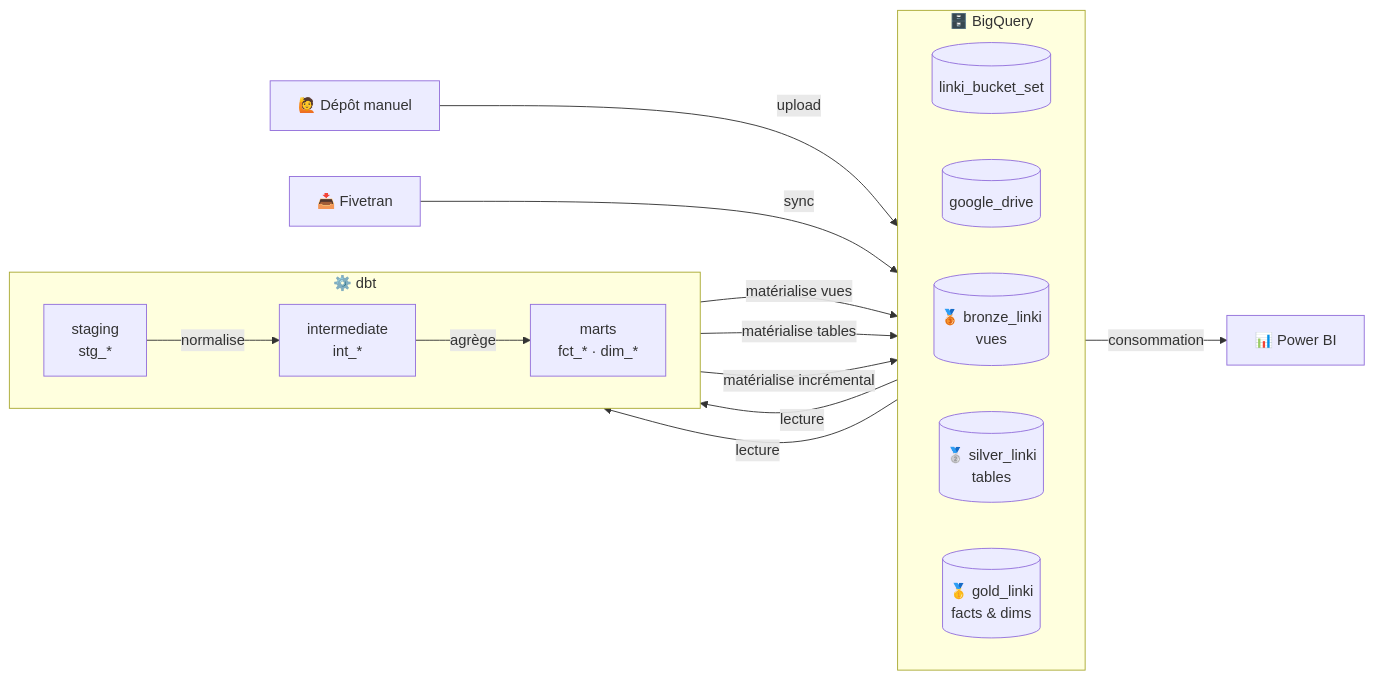
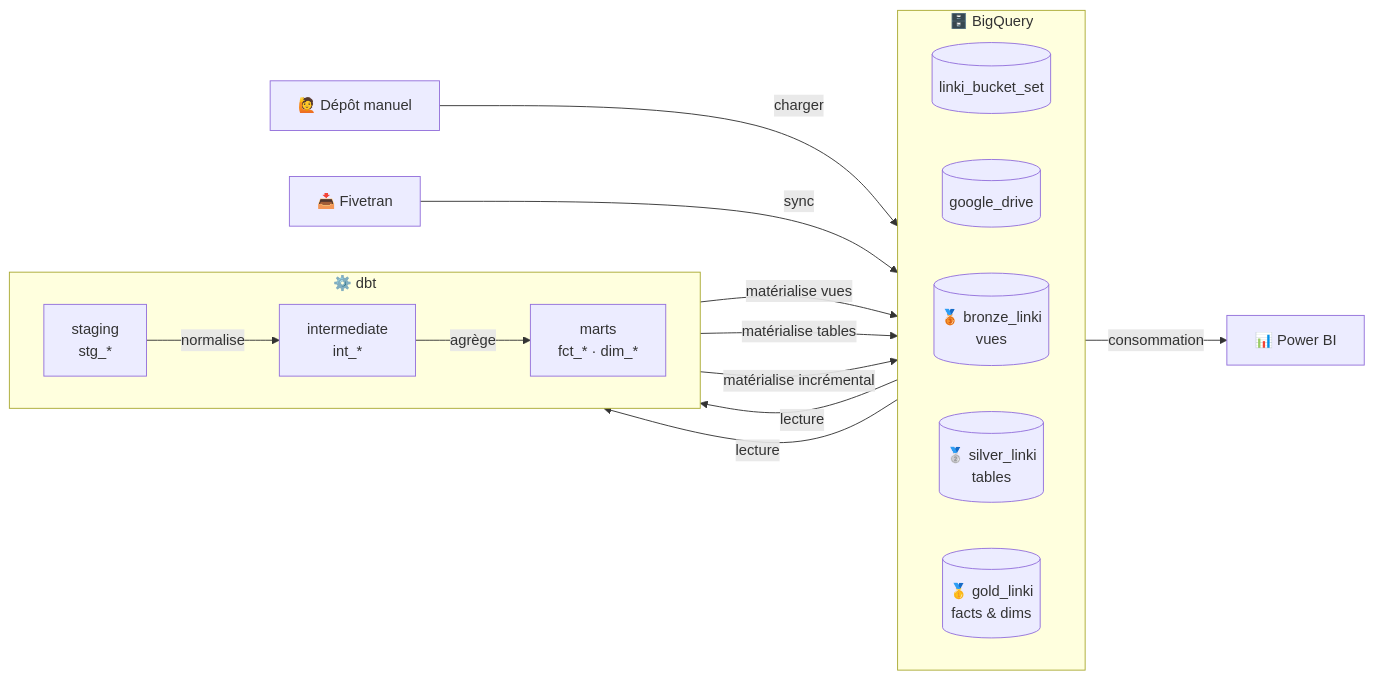
Before and after one commit to ballates/linkyhub_dbt: the first of 3 diagrams in README.md, drawn with Mermaid. The commit also changed other lines of this file and 3 other files, not shown here.

````diff
--- a/README.md
+++ b/README.md
@@ -34,27 +34,27 @@
 ```mermaid
 flowchart LR
-    manuel["🙋 Dépôt manuel"] -->|"upload"| bucket[("linki_bucket_set")]
+    manuel["🙋 Dépôt manuel"] -->|"charger"| bucket[("linki_bucket_set")]
     fivetran["📥 Fivetran"] -->|"sync"| gdrive[("google_drive")]
 
     subgraph bq ["🗄️ BigQuery"]
         direction LR
         bucket
         gdrive
         bronze[("🥉 bronze_linki\nvues")]
         silver[("🥈 silver_linki\ntables")]
         gold[("🥇 gold_linki\nfacts & dims")]
     end
 
     subgraph dbt ["⚙️ dbt"]
         direction LR
         stg["staging\nstg_*"] -->|"normalise"| int["intermediate\nint_*"] -->|"agrège"| mart["marts\nfct_* · dim_*"]
     end
 
     bucket -->|"lecture"| stg
     gdrive -->|"lecture"| stg
     stg -->|"matérialise vues"| bronze
     int -->|"matérialise tables"| silver
     mart -->|"matérialise incrémental"| gold
 
     gold -->|"consommation"| powerbi["📊 Power BI"]
 ```
````
